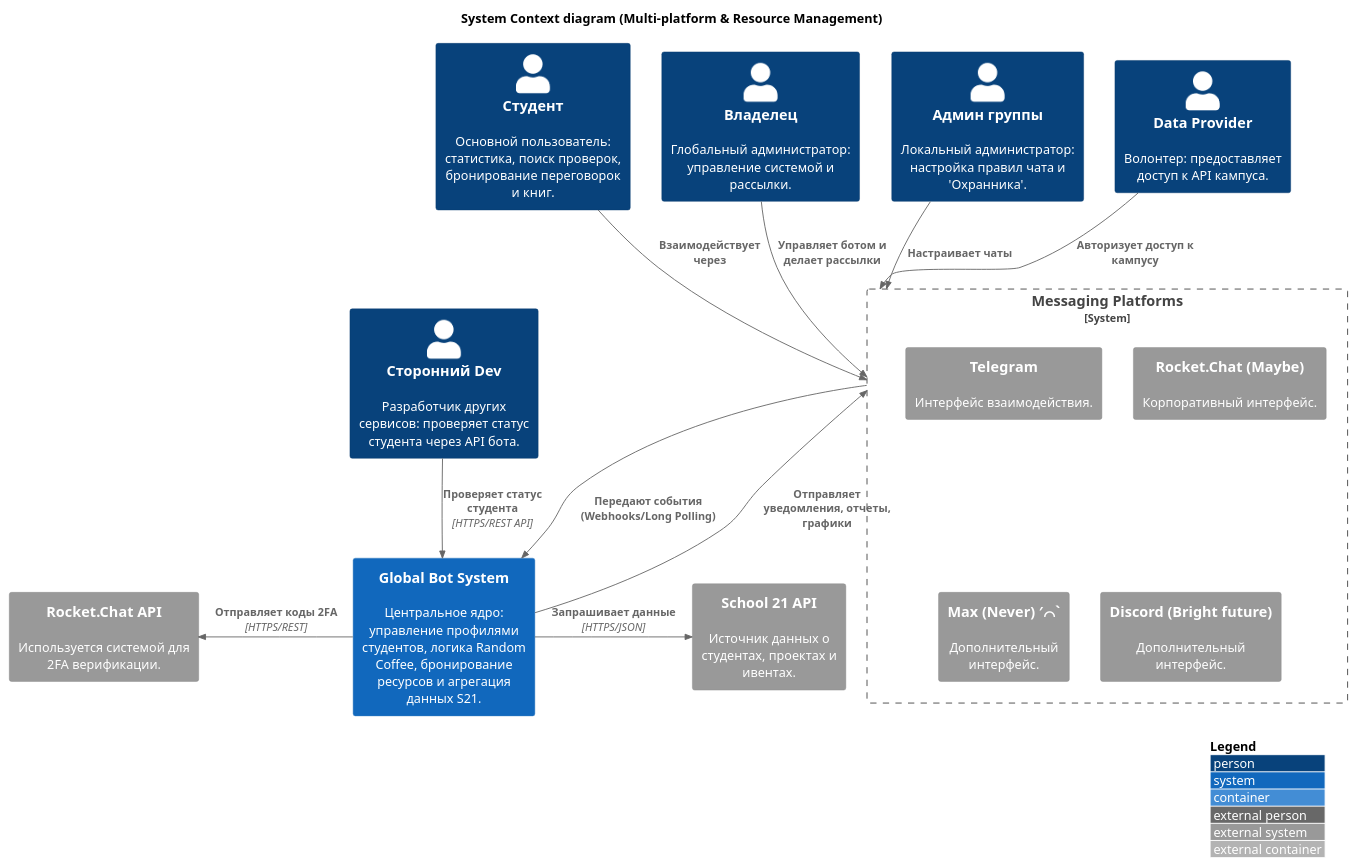
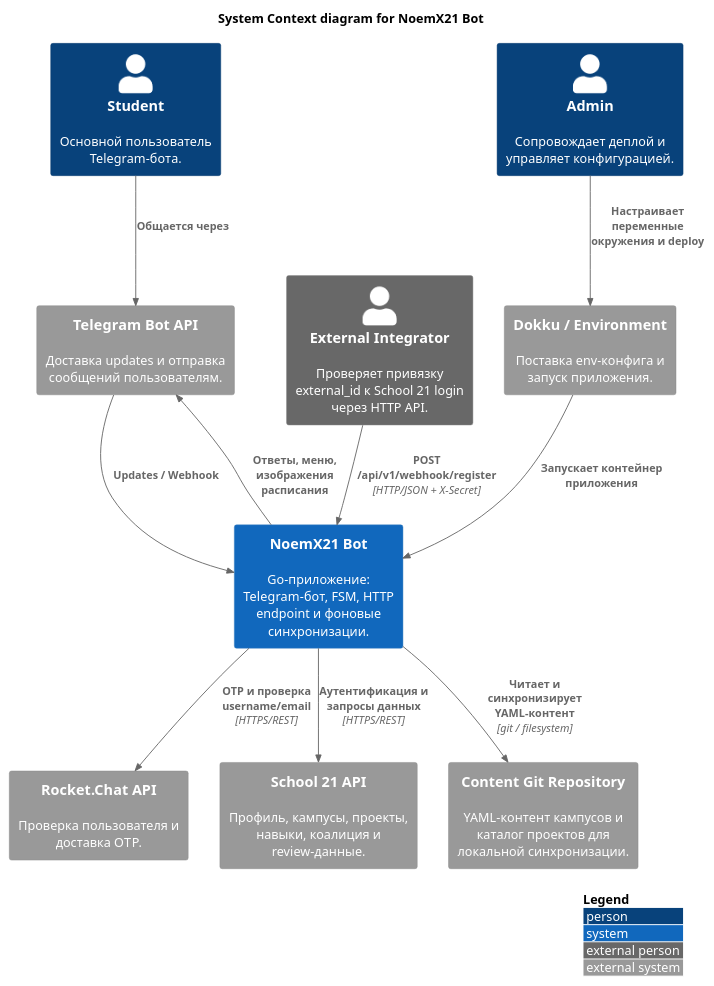
One commit to vgy789/NoemX21-bot changed the diagram in docs/c4/c4_context.puml. Above: the diagram before and after it, drawn with PlantUML. The commit also changed 4 other files, not shown here.

Commit message:
chore: актуализированы c4 диаграммы

```diff
--- a/docs/c4/c4_context.puml
+++ b/docs/c4/c4_context.puml
@@ -1,38 +1,32 @@
 @startuml C4_Elements
-!include https://raw.githubusercontent.com/plantuml-stdlib/C4-PlantUML/master/C4_Container.puml
+!include https://raw.githubusercontent.com/plantuml-stdlib/C4-PlantUML/master/C4_Context.puml
+
 LAYOUT_WITH_LEGEND()
 
-title System Context diagram (Multi-platform & Resource Management)
+title System Context diagram for NoemX21 Bot
 
-Person(student, "Студент", "Основной пользователь: статистика, поиск проверок, бронирование переговорок и книг.")
-Person(owner, "Владелец", "Глобальный администратор: управление системой и рассылки.")
-Person(group_admin, "Админ группы", "Локальный администратор: настройка правил чата и 'Охранника'.")
-Person(provider, "Data Provider", "Волонтер: предоставляет доступ к API кампуса.")
-Person(ext_dev, "Сторонний Dev", "Разработчик других сервисов: проверяет статус студента через API бота.")
+Person(student, "Student", "Основной пользователь Telegram-бота.")
+Person(admin, "Admin", "Сопровождает деплой и управляет конфигурацией.")
+Person_Ext(integrator, "External Integrator", "Проверяет привязку external_id к School 21 login через HTTP API.")
 
-System(bot_system, "Global Bot System", "Центральное ядро: управление профилями студентов, логика Random Coffee, бронирование ресурсов и агрегация данных S21.")
+System(bot_system, "NoemX21 Bot", "Go-приложение: Telegram-бот, FSM, HTTP endpoint и фоновые синхронизации.")
 
-System_Boundary(platforms, "Messaging Platforms") {
-    System_Ext(telegram, "Telegram", "Интерфейс взаимодействия.")
-    System_Ext(rocket_chat_ui, "Rocket.Chat (Maybe)", "Корпоративный интерфейс.")
-    System_Ext(max, "Max (Never) ′⌒`", "Дополнительный интерфейс.")
-    System_Ext(discord, "Discord (Bright future)", "Дополнительный интерфейс.")
-}
+System_Ext(telegram, "Telegram Bot API", "Доставка updates и отправка сообщений пользователям.")
+System_Ext(rocket, "Rocket.Chat API", "Проверка пользователя и доставка OTP.")
+System_Ext(s21, "School 21 API", "Профиль, кампусы, проекты, навыки, коалиция и review-данные.")
+System_Ext(git_repo, "Content Git Repository", "YAML-контент кампусов и каталог проектов для локальной синхронизации.")
+System_Ext(dokku, "Dokku / Environment", "Поставка env-конфига и запуск приложения.")
 
-System_Ext(s21_api, "School 21 API", "Источник данных о студентах, проектах и ивентах.")
-System_Ext(rocket_api, "Rocket.Chat API", "Используется системой для 2FA верификации.")
+Rel(student, telegram, "Общается через")
+Rel(telegram, bot_system, "Updates / Webhook")
+Rel(bot_system, telegram, "Ответы, меню, изображения расписания")
 
-' Связи
-Rel(student, platforms, "Взаимодействует через")
-Rel(group_admin, platforms, "Настраивает чаты")
-Rel(provider, platforms, "Авторизует доступ к кампусу")
-Rel(owner, platforms, "Управляет ботом и делает рассылки")
+Rel(bot_system, rocket, "OTP и проверка username/email", "HTTPS/REST")
+Rel(bot_system, s21, "Аутентификация и запросы данных", "HTTPS/REST")
+Rel(bot_system, git_repo, "Читает и синхронизирует YAML-контент", "git / filesystem")
 
-Rel_D(platforms, bot_system, "Передают события (Webhooks/Long Polling)")
-Rel_U(bot_system, platforms, "Отправляет уведомления, отчеты, графики")
+Rel(integrator, bot_system, "POST /api/v1/webhook/register", "HTTP/JSON + X-Secret")
+Rel(admin, dokku, "Настраивает переменные окружения и deploy")
+Rel(dokku, bot_system, "Запускает контейнер приложения")
 
-Rel_R(bot_system, s21_api, "Запрашивает данные", "HTTPS/JSON")
-Rel_L(bot_system, rocket_api, "Отправляет коды 2FA", "HTTPS/REST")
-
-Rel(ext_dev, bot_system, "Проверяет статус студента", "HTTPS/REST API")
 @enduml
```
